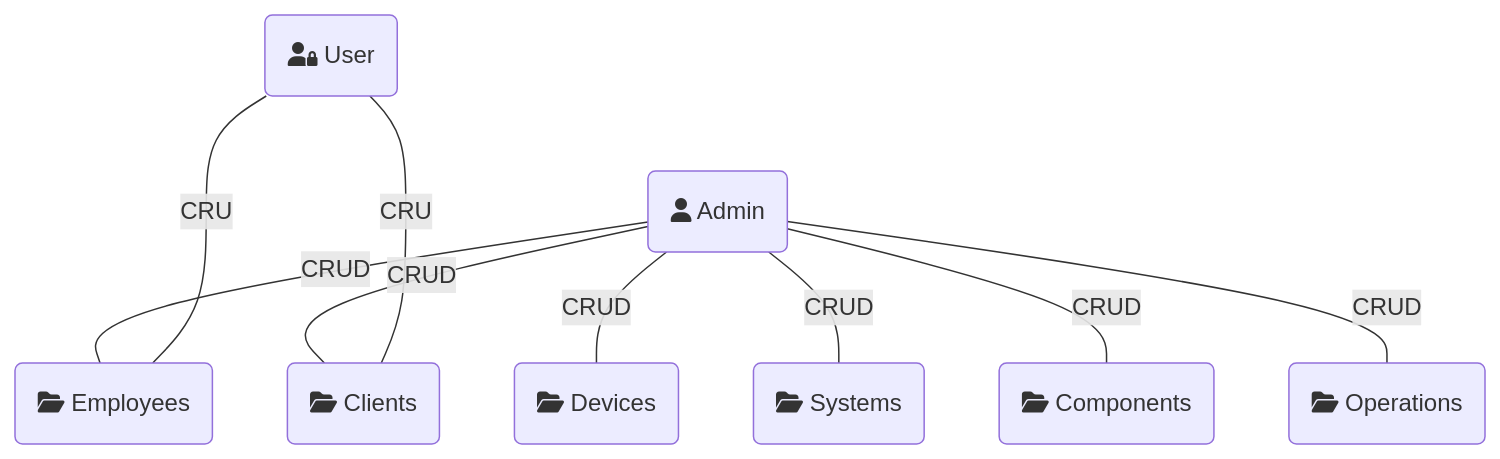
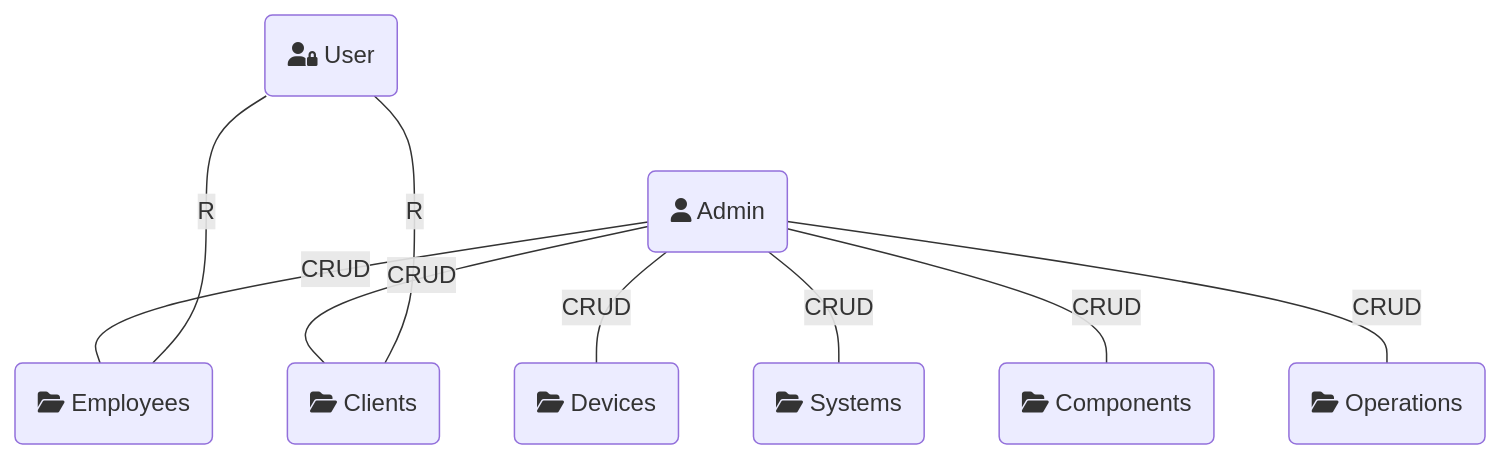
Before and after one commit to DavideDeZuane/advanced_programming: the third of 8 diagrams in README.md, drawn with Mermaid.

````diff
--- a/README.md
+++ b/README.md
@@ -52,11 +52,11 @@
 ```mermaid
 graph TD
 Admin(fa:fa-user Admin) ---|CRUD| Clients(fa:fa-folder-open Clients)
 Admin ---|CRUD| Devices(fa:fa-folder-open Devices)
 Admin ---|CRUD| Systems(fa:fa-folder-open Systems)
 Admin ---|CRUD| Components(fa:fa-folder-open Components)
 Admin ---|CRUD| Employees(fa:fa-folder-open Employees)
 Admin ---|CRUD| Operations(fa:fa-folder-open Operations)
-User(fa:fa-user-lock User) ----|CRU| Employees
-User ----|CRU| Clients
+User(fa:fa-user-lock User) ----|R| Employees
+User ----|R| Clients
 ```
````
